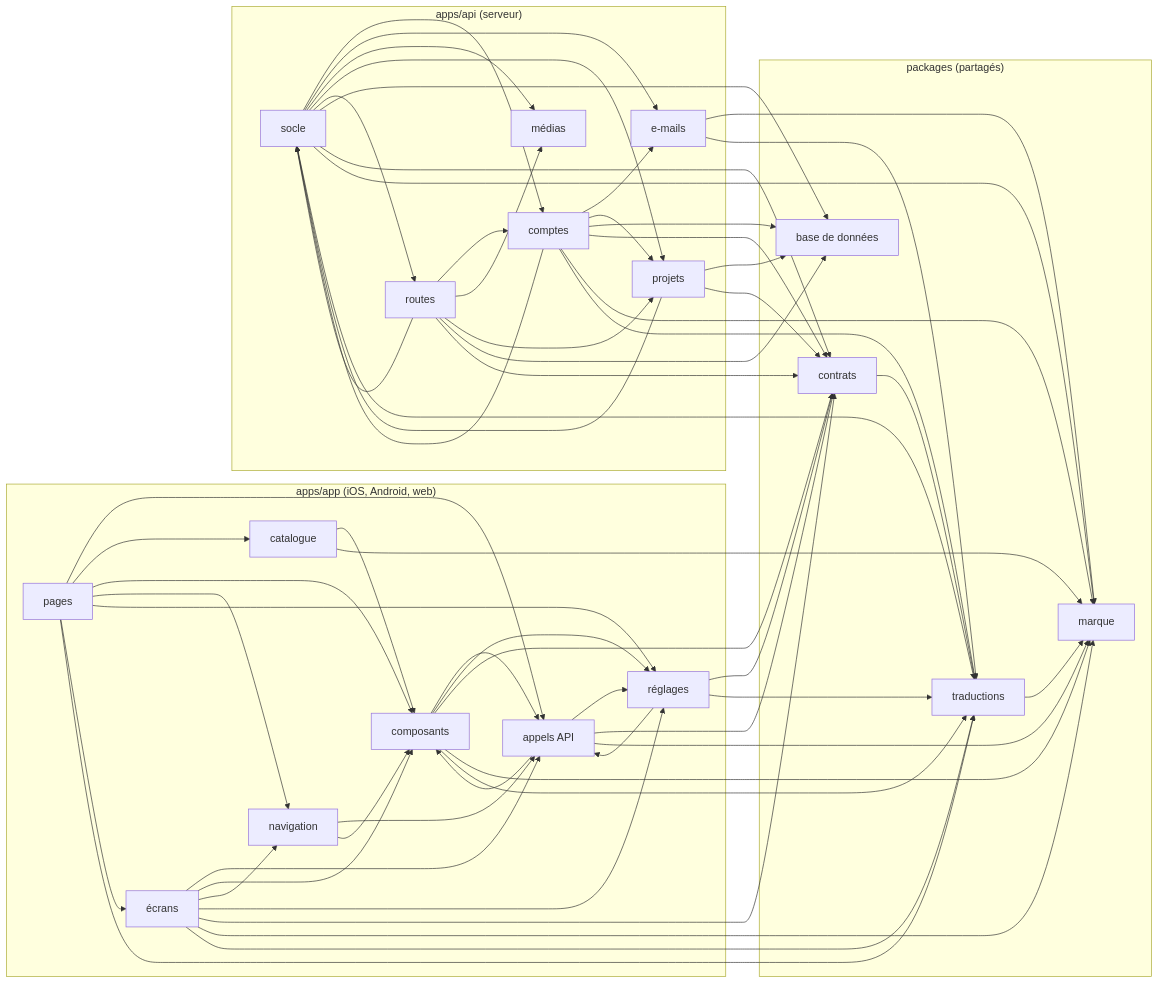
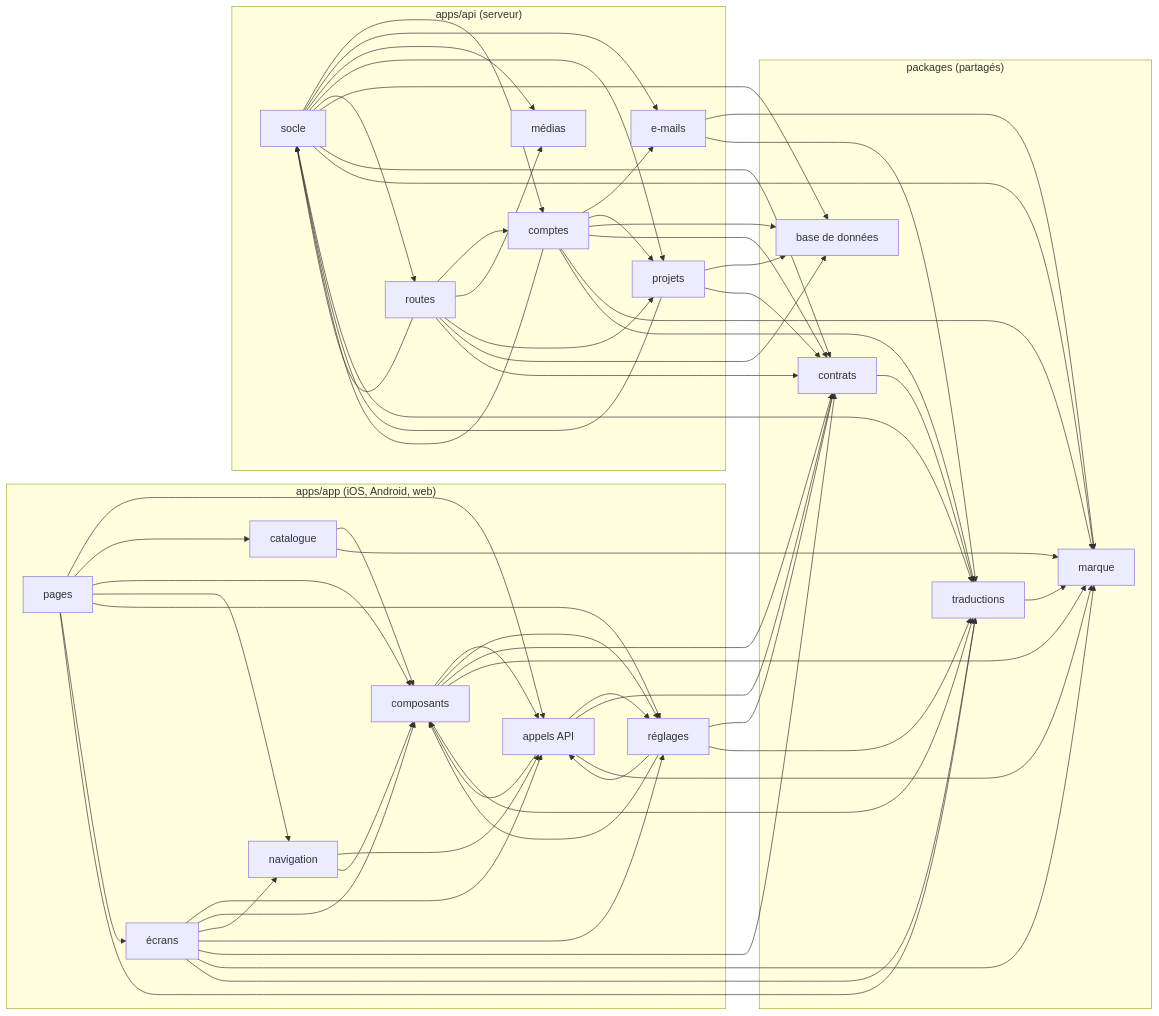
One commit to EthogramHQ/Waiggle changed the diagram in docs/architecture/dependances.md. Above: the diagram before and after it, drawn with Mermaid. The commit also changed 9 other files, not shown here.

```diff
--- a/docs/architecture/dependances.md
+++ b/docs/architecture/dependances.md
@@ -77,6 +77,7 @@
   n0 --> n1
   n0 --> n17
   n7 --> n5
+  n7 --> n2
   n7 --> n15
   n7 --> n17
   n1 --> n5
```
